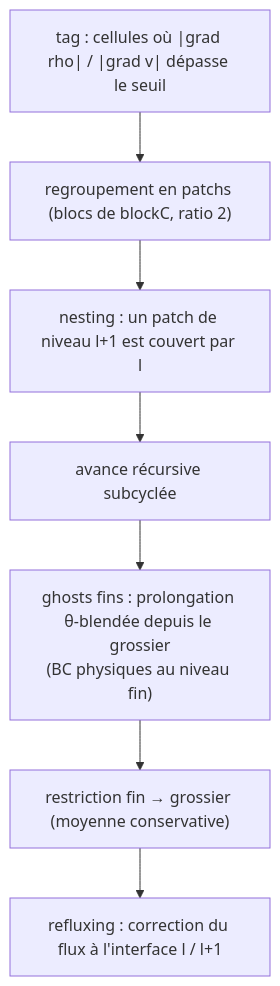
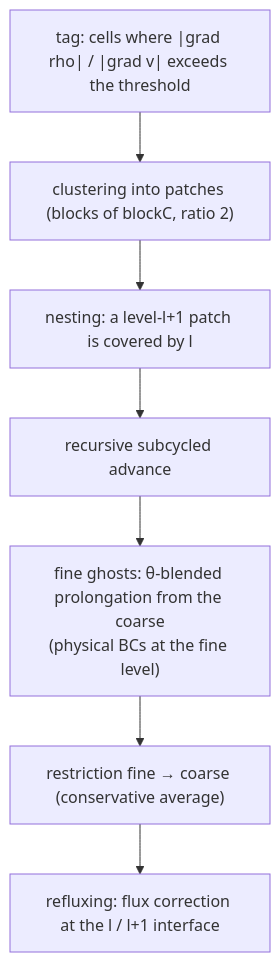
The second of 2 diagrams in docs/NUMERICS.md (fhermet/machmallow), drawn with Mermaid before and after one commit. The commit also changed other lines of this file and 1 other file, not shown here.

Commit message:
docs: traduire ARCHITECTURE et NUMERICS en anglais

````diff
--- a/docs/NUMERICS.md
+++ b/docs/NUMERICS.md
@@ -233,10 +227,10 @@
 ```mermaid
 flowchart TD
-    Tag["tag : cellules où |grad rho| / |grad v| dépasse le seuil"]
-    Tag --> Cluster["regroupement en patchs (blocs de blockC, ratio 2)"]
-    Cluster --> Nest["nesting : un patch de niveau l+1 est couvert par l"]
-    Nest --> Adv["avance récursive subcyclée"]
-    Adv --> Ghost["ghosts fins : prolongation θ-blendée depuis le grossier<br/>(BC physiques au niveau fin)"]
-    Ghost --> Restrict["restriction fin → grossier (moyenne conservative)"]
-    Restrict --> Reflux["refluxing : correction du flux à l'interface l / l+1"]
+    Tag["tag: cells where |grad rho| / |grad v| exceeds the threshold"]
+    Tag --> Cluster["clustering into patches (blocks of blockC, ratio 2)"]
+    Cluster --> Nest["nesting: a level-l+1 patch is covered by l"]
+    Nest --> Adv["recursive subcycled advance"]
+    Adv --> Ghost["fine ghosts: θ-blended prolongation from the coarse<br/>(physical BCs at the fine level)"]
+    Ghost --> Restrict["restriction fine → coarse (conservative average)"]
+    Restrict --> Reflux["refluxing: flux correction at the l / l+1 interface"]
 ```
````
